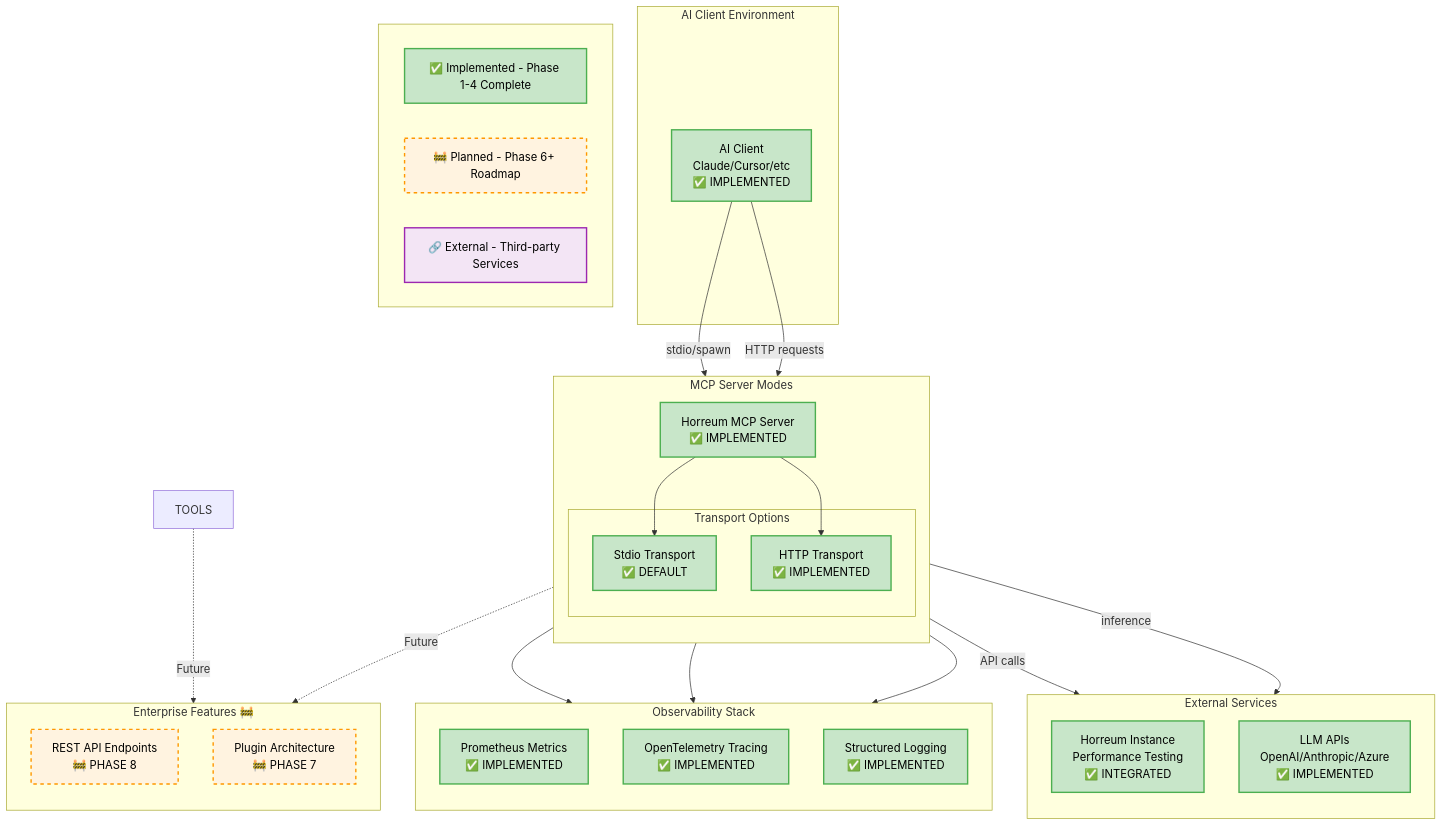
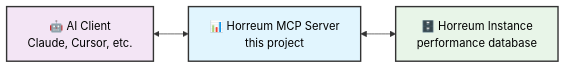
One commit to dustinblack/horreum-mcp changed the diagram in README.md. Above: the diagram before and after it, drawn with Mermaid. The commit also changed other lines of this file, not shown here.

````diff
--- a/README.md
+++ b/README.md
@@ -55,70 +84,13 @@
 ```mermaid
-graph TB
-    subgraph "AI Client Environment"
-        AI[AI Client<br/>Claude/Cursor/etc<br/>✅ IMPLEMENTED]
-    end
-
-    subgraph "MCP Server Modes"
-        direction TB
-        MCP[Horreum MCP Server<br/>✅ IMPLEMENTED]
-
-        subgraph "Transport Options"
-            STDIO[Stdio Transport<br/>✅ DEFAULT]
-            HTTP[HTTP Transport<br/>✅ IMPLEMENTED]
-        end
-
-        MCP --> STDIO
-        MCP --> HTTP
-    end
-
-    subgraph "External Services"
-        direction TB
-        HORREUM[Horreum Instance<br/>Performance Testing<br/>✅ INTEGRATED]
-        LLM[LLM APIs<br/>OpenAI/Anthropic/Azure<br/>✅ IMPLEMENTED]
-    end
-
-    subgraph "Observability Stack"
-        direction TB
-        PROM[Prometheus Metrics<br/>✅ IMPLEMENTED]
-        OTEL[OpenTelemetry Tracing<br/>✅ IMPLEMENTED]
-        LOGS[Structured Logging<br/>✅ IMPLEMENTED]
-    end
-
-    AI -->|stdio/spawn| STDIO
-    AI -->|HTTP requests| HTTP
-    MCP -->|API calls| HORREUM
-    HTTP -->|inference| LLM
-    MCP --> PROM
-    MCP --> OTEL
-    MCP --> LOGS
-
-    classDef implemented fill:#c8e6c9,stroke:#4caf50,stroke-width:2px,color:#000000
-    classDef planned fill:#fff3e0,stroke:#ff9800,stroke-width:2px,stroke-dasharray: 5 5,color:#000000
-    classDef external fill:#f3e5f5,stroke:#9c27b0,stroke-width:2px,color:#000000
-
-    class AI,STDIO,MCP,HORREUM,PROM,OTEL,LOGS,HTTP,LLM implemented
-
-    %% Future Enhancements (Phase 6+)
-    subgraph "Enterprise Features 🚧"
-        direction TB
-        REST[REST API Endpoints<br/>🚧 PHASE 8]
-        PLUGIN[Plugin Architecture<br/>🚧 PHASE 7]
-    end
-
-    HTTP -.->|"Future"| REST
-    TOOLS -.->|"Future"| PLUGIN
-
-    class REST,PLUGIN planned
-    class CONTAINER implemented
-
-    %% Legend
-    subgraph Legend[" "]
-        L1[✅ Implemented - Phase 1-4 Complete]
-        L2[🚧 Planned - Phase 6+ Roadmap]
-        L3[🔗 External - Third-party Services]
-    end
-
-    class L1 implemented
-    class L2 planned
-    class L3 external
+flowchart LR
+    Client[🤖 AI Client<br/>Claude, Cursor, etc.]
+    MCP[📊 Horreum MCP Server<br/>this project]
+    Horreum[🗄️ Horreum Instance<br/>performance database]
+    
+    Client <--> MCP
+    MCP <--> Horreum
+    
+    style MCP fill:#e1f5fe,stroke:#333,stroke-width:2px,color:#000
+    style Client fill:#f3e5f5,stroke:#333,stroke-width:2px,color:#000
+    style Horreum fill:#e8f5e8,stroke:#333,stroke-width:2px,color:#000
 ```
````
